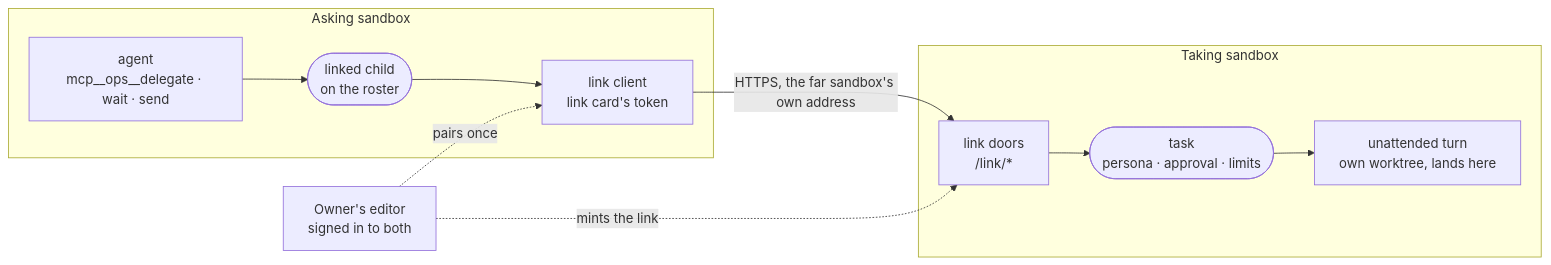
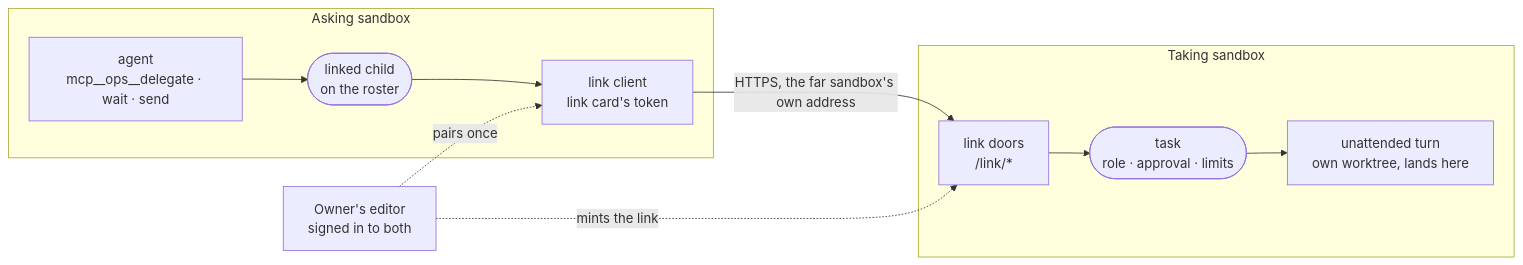
Before and after one commit to intentic/intentic: the diagram in docs/architecture/links.md, drawn with Mermaid. The commit also changed other lines of this file and 1059 other files, not shown here.

First line of the commit message:
refactor(system): rename persona to role throughout codebase

````diff
--- a/docs/architecture/links.md
+++ b/docs/architecture/links.md
@@ -5,14 +5,14 @@
 ```mermaid
 flowchart LR
     subgraph A["Asking sandbox"]
       agent["agent<br/>mcp__ops__delegate · wait · send"] --> children(["linked child<br/>on the roster"])
       children --> client["link client<br/>link card's token"]
     end
     subgraph B["Taking sandbox"]
-      doors["link doors<br/>/link/*"] --> tasks(["task<br/>persona · approval · limits"])
+      doors["link doors<br/>/link/*"] --> tasks(["task<br/>role · approval · limits"])
       tasks --> turn["unattended turn<br/>own worktree, lands here"]
     end
     editor["Owner's editor<br/>signed in to both"] -. "pairs once" .-> client
     editor -. "mints the link" .-> doors
     client -->|"HTTPS, the far sandbox's own address"| doors
 ```
````
